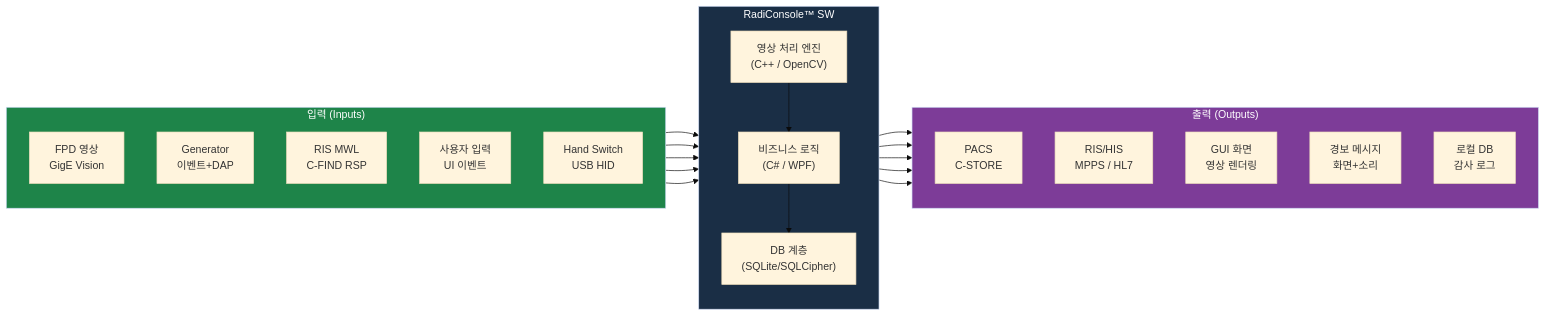
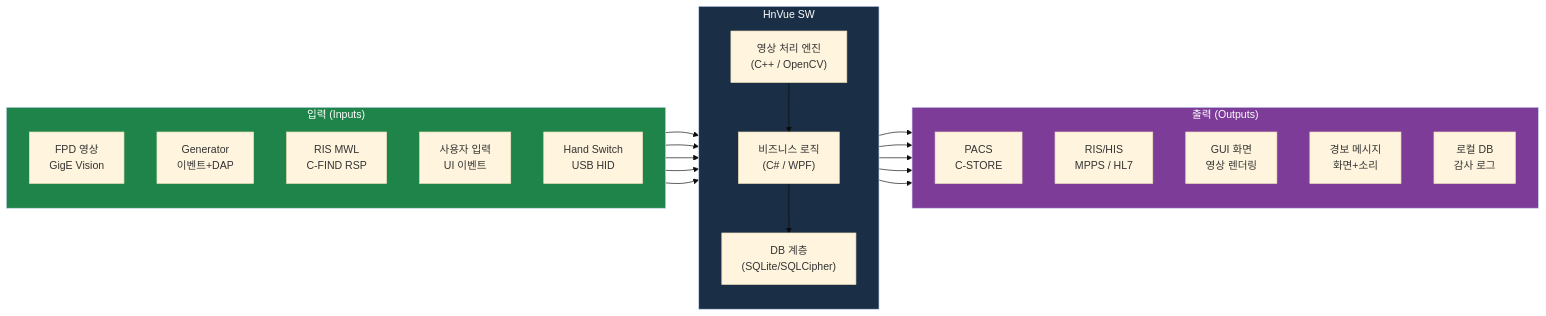
One commit to holee9/console-gui changed the third of 6 diagrams in docs/planning/DOC-005_SRS_v1.0.md. Above: the diagram before and after it, drawn with Mermaid (base theme). The commit also changed other lines of this file and 34 other files, not shown here.

First line of the commit message:
fix: RadiConsole → HnVue 전체 일괄 변경 (35개 파일, 300건+)

````diff
--- a/docs/planning/DOC-005_SRS_v1.0.md
+++ b/docs/planning/DOC-005_SRS_v1.0.md
@@ -425,44 +425,44 @@
 ```mermaid
 flowchart LR
     subgraph Inputs["입력 (Inputs)"]
         direction TB
         I1["FPD 영상\nGigE Vision"]
         I2["Generator\n이벤트+DAP"]
         I3["RIS MWL\nC-FIND RSP"]
         I4["사용자 입력\nUI 이벤트"]
         I5["Hand Switch\nUSB HID"]
     end
 
-    subgraph RadiConsole["RadiConsole™ SW"]
+    subgraph HnVue["HnVue SW"]
         direction TB
         PROC["영상 처리 엔진\n(C++ / OpenCV)"]
         BIZ["비즈니스 로직\n(C# / WPF)"]
         DB_INT["DB 계층\n(SQLite/SQLCipher)"]
     end
 
     subgraph Outputs["출력 (Outputs)"]
         direction TB
         O1["PACS\nC-STORE"]
         O2["RIS/HIS\nMPPS / HL7"]
         O3["GUI 화면\n영상 렌더링"]
         O4["경보 메시지\n화면+소리"]
         O5["로컬 DB\n감사 로그"]
     end
 
     I1 --> PROC
     I2 --> BIZ
     I3 --> BIZ
     I4 --> BIZ
     I5 --> BIZ
     PROC --> BIZ
     BIZ --> DB_INT
     BIZ --> O1
     BIZ --> O2
     BIZ --> O3
     BIZ --> O4
     DB_INT --> O5
 
-    style RadiConsole fill:#1a2e45,color:#fff
+    style HnVue fill:#1a2e45,color:#fff
     style Inputs fill:#1e8449,color:#fff
     style Outputs fill:#7d3c98,color:#fff
 ```
````
